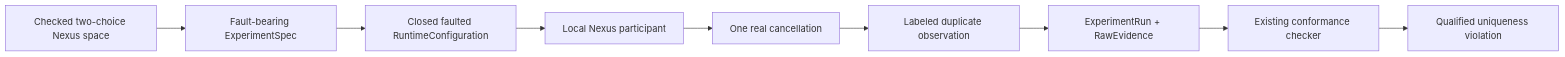
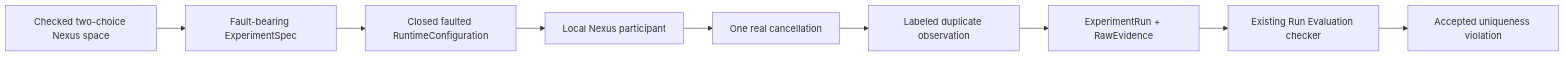
The diagram in .flow/specs/fn-21-nexus-duplicate-observation-control.md (stephanos/temporal), drawn with Mermaid before and after one commit. The commit also changed other lines of this file and 277 other files, not shown here.

````diff
--- a/.flow/specs/fn-21-nexus-duplicate-observation-control.md
+++ b/.flow/specs/fn-21-nexus-duplicate-observation-control.md
@@ -25,11 +25,11 @@
 ```mermaid
 flowchart LR
   S[Checked two-choice Nexus space] --> E[Fault-bearing ExperimentSpec]
   E --> C[Closed faulted RuntimeConfiguration]
   C --> P[Local Nexus participant]
   P --> R[One real cancellation]
   R --> D[Labeled duplicate observation]
   D --> A[ExperimentRun + RawEvidence]
-  A --> Q[Existing conformance checker]
-  Q --> V[Qualified uniqueness violation]
+  A --> Q[Existing Run Evaluation checker]
+  Q --> V[Accepted uniqueness violation]
 ```
````
